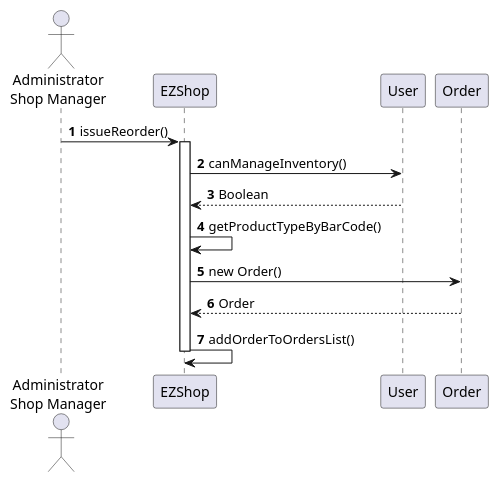
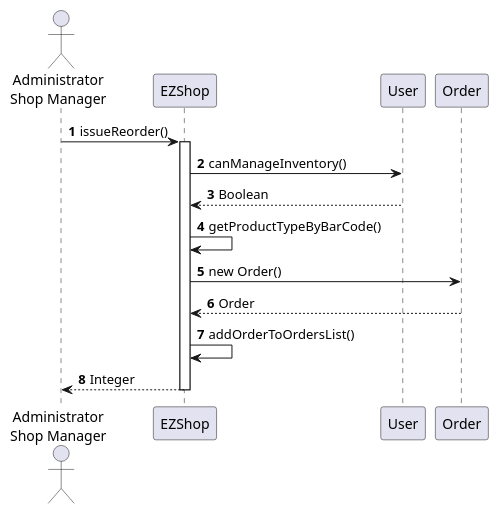
The ninth of 20 diagrams in Deliverables/DesignDocument.md (gioele-scaletta/EZShop-Software-Engineering-Project), drawn with PlantUML before and after one commit. The commit also changed other lines of this file, not shown here.

Commit message:
Slight modification of UC1,2,3 and UML Diagram

````diff
--- a/Deliverables/DesignDocument.md
+++ b/Deliverables/DesignDocument.md
@@ -357,14 +367,15 @@
 ```plantuml
 actor "Administrator\nShop Manager" as user
 autonumber
 
 user->EZShop : issueReorder()
 activate EZShop
 EZShop->User : canManageInventory()
 User --> EZShop : Boolean
 EZShop->EZShop : getProductTypeByBarCode()
 EZShop->Order : new Order()
 Order --> EZShop : Order
 EZShop->EZShop : addOrderToOrdersList()
+EZShop --> user: Integer
 deactivate EZShop
 ```
````
